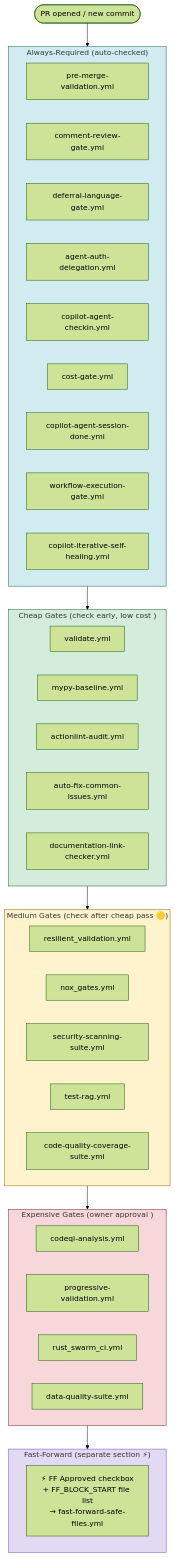
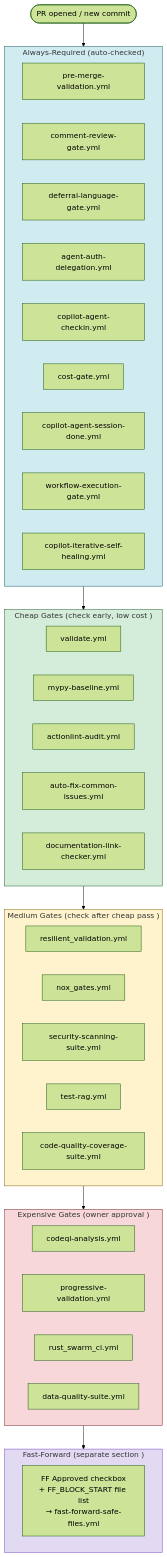
Before and after one commit to Aries-Serpent/_codex_: the seventh of 14 diagrams in docs/ci/PR_LIFECYCLE.md, drawn with Mermaid (forest theme). The commit also changed other lines of this file and 1989 other files, not shown here.

````diff
--- a/docs/ci/PR_LIFECYCLE.md
+++ b/docs/ci/PR_LIFECYCLE.md
@@ -1859,54 +1859,54 @@
 ```mermaid
 %%{init: {'accessibility': {'title': 'Flowchart showing PR opened / new commit, "Always-Required (auto-checked)"'}}%%
 flowchart TD
     START([PR opened / new commit]) --> ALWAYS
     subgraph ALWAYS ["Always-Required (auto-checked)"]
         direction LR
         A1[pre-merge-validation.yml]
         A2[comment-review-gate.yml]
         A3[deferral-language-gate.yml]
         A4[agent-auth-delegation.yml]
         A5[copilot-agent-checkin.yml]
         A6[cost-gate.yml]
         A7[copilot-agent-session-done.yml]
         A8[workflow-execution-gate.yml]
         A9[copilot-iterative-self-healing.yml]
     end
 
     ALWAYS --> CHEAP
     subgraph CHEAP ["Cheap Gates (check early, low cost )"]
         C1[validate.yml]
         C2[mypy-baseline.yml]
         C3[actionlint-audit.yml]
         C4[auto-fix-common-issues.yml]
         C5[documentation-link-checker.yml]
     end
 
     CHEAP --> MEDIUM
-    subgraph MEDIUM ["Medium Gates (check after cheap pass 🟡)"]
+    subgraph MEDIUM ["Medium Gates (check after cheap pass )"]
         M1[resilient_validation.yml]
         M2[nox_gates.yml]
         M3[security-scanning-suite.yml]
         M4[test-rag.yml]
         M5[code-quality-coverage-suite.yml]
     end
 
     MEDIUM --> EXPENSIVE
     subgraph EXPENSIVE ["Expensive Gates (owner approval )"]
         E1[codeql-analysis.yml]
         E2[progressive-validation.yml]
         E3[rust_swarm_ci.yml]
         E4[data-quality-suite.yml]
     end
 
     EXPENSIVE --> FF
-    subgraph FF ["Fast-Forward (separate section ⚡)"]
-        F1["⚡ FF Approved checkbox\n+ FF_BLOCK_START file list\n→ fast-forward-safe-files.yml"]
+    subgraph FF ["Fast-Forward (separate section )"]
+        F1[" FF Approved checkbox\n+ FF_BLOCK_START file list\n→ fast-forward-safe-files.yml"]
     end
 
     style ALWAYS fill:#d1ecf1,stroke:#0c5460
     style CHEAP fill:#d4edda,stroke:#155724
     style MEDIUM fill:#fff3cd,stroke:#856404
     style EXPENSIVE fill:#f8d7da,stroke:#721c24
     style FF fill:#e2d9f3,stroke:#6f42c1
 ```
````
